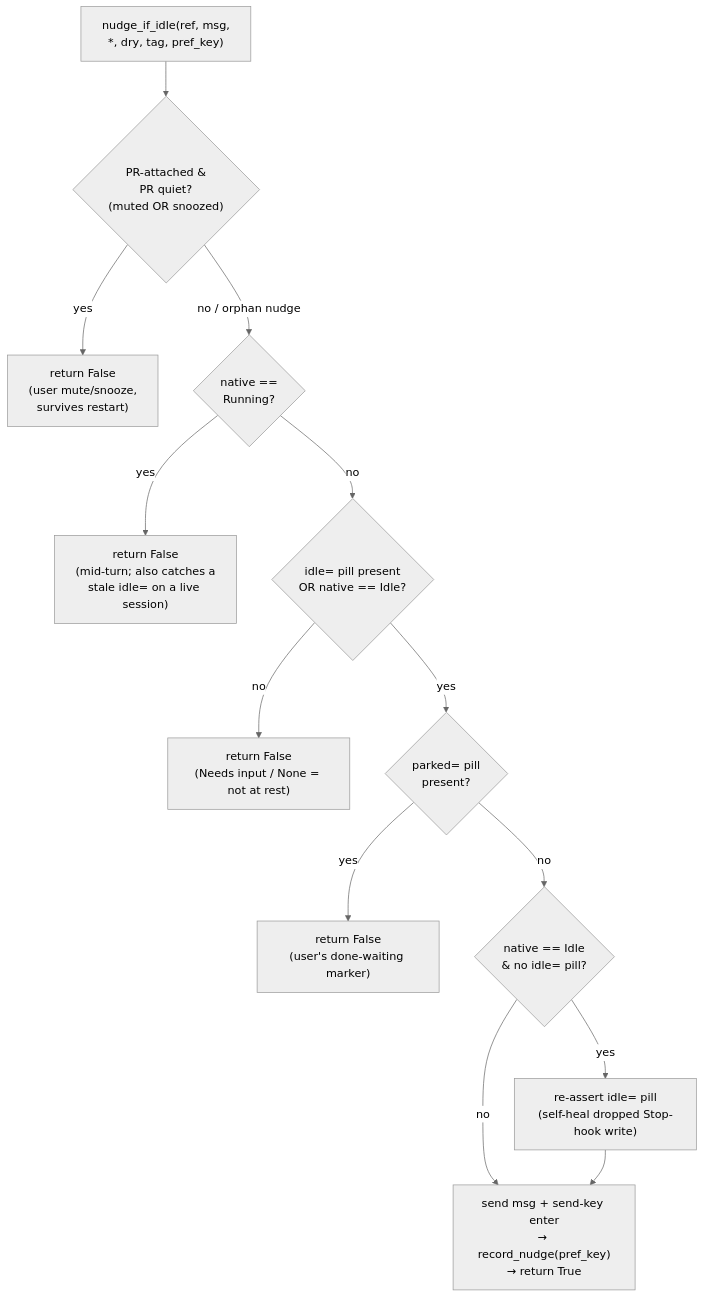
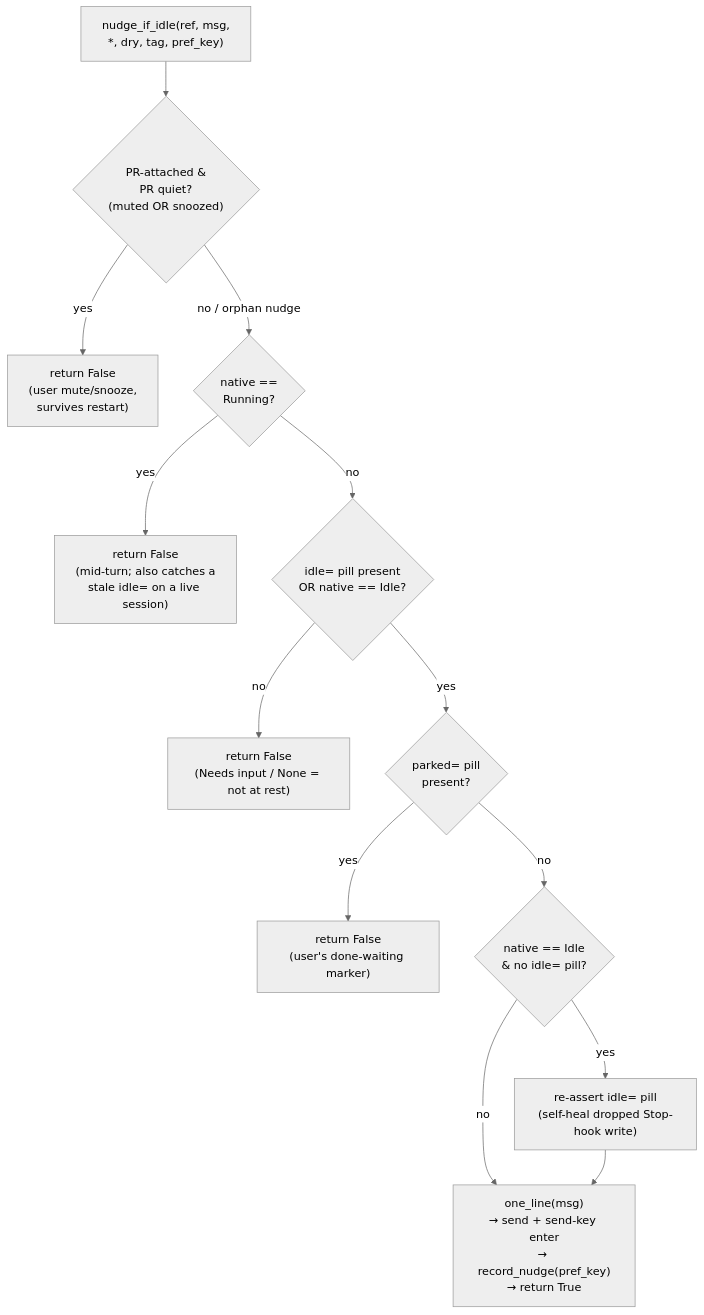
Before and after one commit to khivi/cockpit: the fourth of 5 diagrams in docs/state-machine.md, drawn with Mermaid (neutral theme). The commit also changed other lines of this file and 15 other files, not shown here.

````diff
--- a/docs/state-machine.md
+++ b/docs/state-machine.md
@@ -337,19 +337,19 @@
 ```mermaid
 flowchart TD
   IN["nudge_if_idle(ref, msg,<br/>*, dry, tag, pref_key)"] --> G1{"PR-attached &<br/>PR quiet?<br/>(muted OR snoozed)"}
   G1 -->|yes| F1["return False<br/>(user mute/snooze,<br/>survives restart)"]
   G1 -->|"no / orphan nudge"| G2{"native ==<br/>Running?"}
 
   G2 -->|yes| F2["return False<br/>(mid-turn; also catches a<br/>stale idle= on a live session)"]
   G2 -->|no| G3{"idle= pill present<br/>OR native == Idle?"}
 
   G3 -->|no| F3["return False<br/>(Needs input / None = not at rest)"]
   G3 -->|yes| G4{"parked= pill<br/>present?"}
 
   G4 -->|yes| F4["return False<br/>(user's done-waiting marker)"]
   G4 -->|no| HEAL{"native == Idle<br/>& no idle= pill?"}
 
   HEAL -->|yes| SELFHEAL["re-assert idle= pill<br/>(self-heal dropped Stop-hook write)"]
   HEAL -->|no| FIRE
-  SELFHEAL --> FIRE["send msg + send-key enter<br/>→ record_nudge(pref_key)<br/>→ return True"]
+  SELFHEAL --> FIRE["one_line(msg)<br/>→ send + send-key enter<br/>→ record_nudge(pref_key)<br/>→ return True"]
 ```
````
